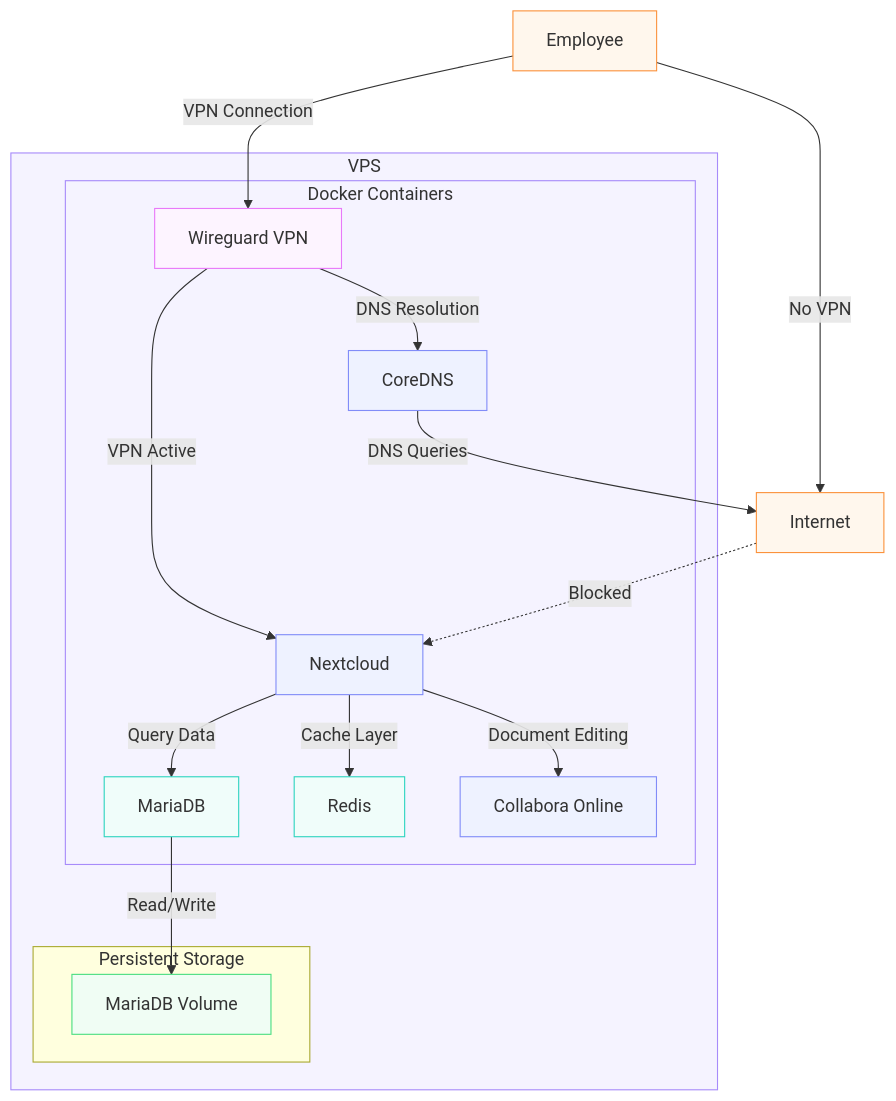
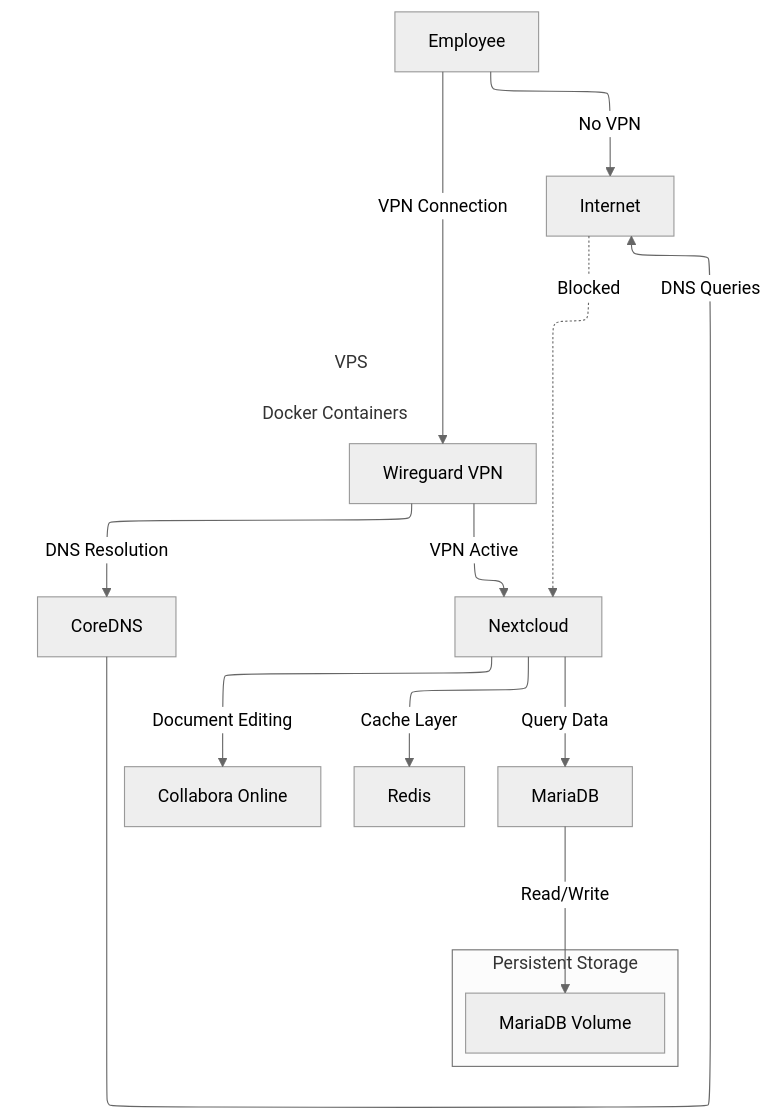
The diagram in AGRUPA-cloud.md (andretaborda1806/AGRUPA-cloud), drawn with Mermaid before and after one commit.

````diff
--- a/AGRUPA-cloud.md
+++ b/AGRUPA-cloud.md
@@ -18,44 +18,36 @@
 ```mermaid
-graph TB
-    subgraph VPS["VPS"]
-        subgraph Containers["Docker Containers"]
-            NC["Nextcloud"]
-            WG["Wireguard VPN"]
-            MDB["MariaDB"]
-            RD["Redis"]
-            CO["Collabora Online"]
-            CD["CoreDNS"]
-        end
-        subgraph Storage["Persistent Storage"]
-            VOL["MariaDB Volume"]
-        end
-    end
-    
-    EMP["Employee"]
-    INT["Internet"]
-    
-    EMP -->|VPN Connection| WG
-    WG -->|VPN Active| NC
-    NC -->|Query Data| MDB
-    MDB -->|Read/Write| VOL
-    NC -->|Cache Layer| RD
-    NC -->|Document Editing| CO
-    WG -->|DNS Resolution| CD
-    CD -->|DNS Queries| INT
-    EMP -->|No VPN| INT
-    INT -.->|Blocked| NC
-    
-    classDef vpnContainer stroke:#e879f9,fill:#fdf4ff
-    classDef dataContainer stroke:#2dd4bf,fill:#f0fdfa
-    classDef appContainer stroke:#818cf8,fill:#eef2ff
-    classDef storage stroke:#4ade80,fill:#f0fdf4
-    classDef external stroke:#fb923c,fill:#fff7ed
-    classDef vpsBox stroke:#a78bfa,fill:#f5f3ff
-    
-    class WG vpnContainer
-    class MDB,RD dataContainer
-    class NC,CO,CD appContainer
-    class VOL storage
-    class EMP,INT external
-    class VPS,Containers vpsBox
+---
+config:
+  layout: elk
+  theme: neutral
+---
+flowchart TB
+ subgraph Containers["Docker Containers"]
+        NC["Nextcloud"]
+        WG["Wireguard VPN"]
+        MDB["MariaDB"]
+        RD["Redis"]
+        CO["Collabora Online"]
+        CD["CoreDNS"]
+  end
+ subgraph Storage["Persistent Storage"]
+        VOL["MariaDB Volume"]
+  end
+ subgraph VPS["VPS"]
+        Containers
+        Storage
+  end
+    EMP["Employee"] -- VPN Connection --> WG
+    WG -- VPN Active --> NC
+    NC -- Query Data --> MDB
+    MDB -- Read/Write --> VOL
+    NC -- Cache Layer --> RD
+    NC -- Document Editing --> CO
+    WG -- DNS Resolution --> CD
+    CD -- DNS Queries --> INT["Internet"]
+    EMP -- No VPN --> INT
+    INT -. Blocked .-> NC
+
+    style Containers fill:transparent,stroke:#ffffff
+    style VPS fill:transparent,stroke:#ffffff
 ```
````
